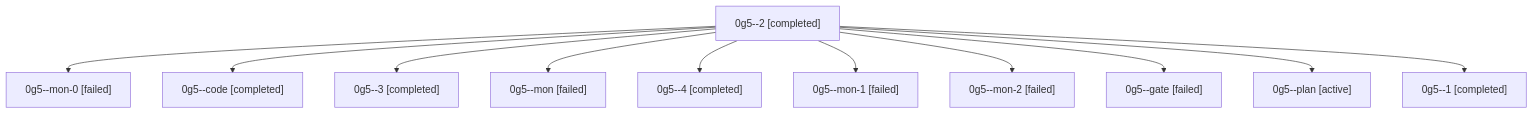
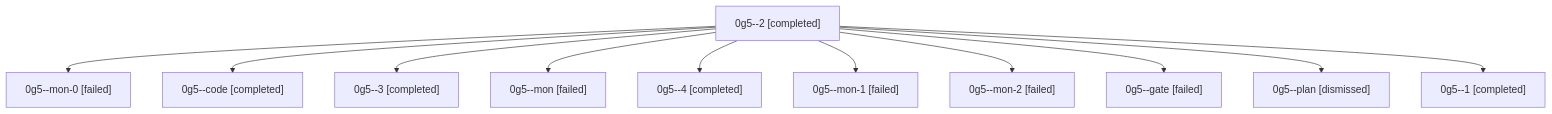
One commit to sase-org/sase--agents changed the diagram in sessions/bbugyi200.athena.0g5.md. Above: the diagram before and after it, drawn with Mermaid. The commit also changed other lines of this file and 36 other files, not shown here.

````diff
--- a/sessions/bbugyi200.athena.0g5.md
+++ b/sessions/bbugyi200.athena.0g5.md
@@ -9,24 +9,24 @@
 ```mermaid
 flowchart TD
   n0["0g5--2 [completed]"]
   n1["0g5--mon-0 [failed]"]
   n0 --> n1
   n2["0g5--code [completed]"]
   n0 --> n2
   n3["0g5--3 [completed]"]
   n0 --> n3
   n4["0g5--mon [failed]"]
   n0 --> n4
   n5["0g5--4 [completed]"]
   n0 --> n5
   n6["0g5--mon-1 [failed]"]
   n0 --> n6
   n7["0g5--mon-2 [failed]"]
   n0 --> n7
   n8["0g5--gate [failed]"]
   n0 --> n8
-  n9["0g5--plan [active]"]
+  n9["0g5--plan [dismissed]"]
   n0 --> n9
   n10["0g5--1 [completed]"]
   n0 --> n10
 ```
````
